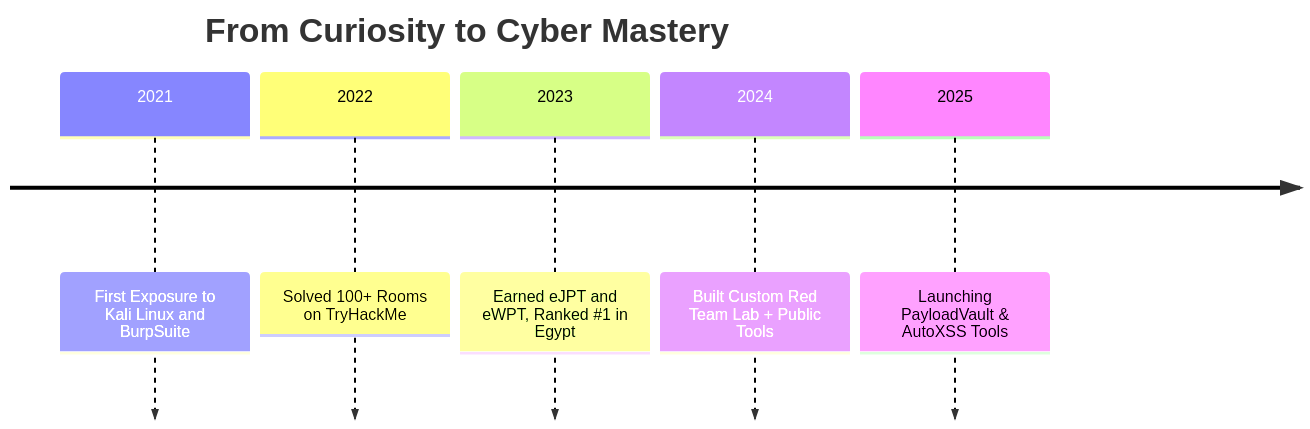
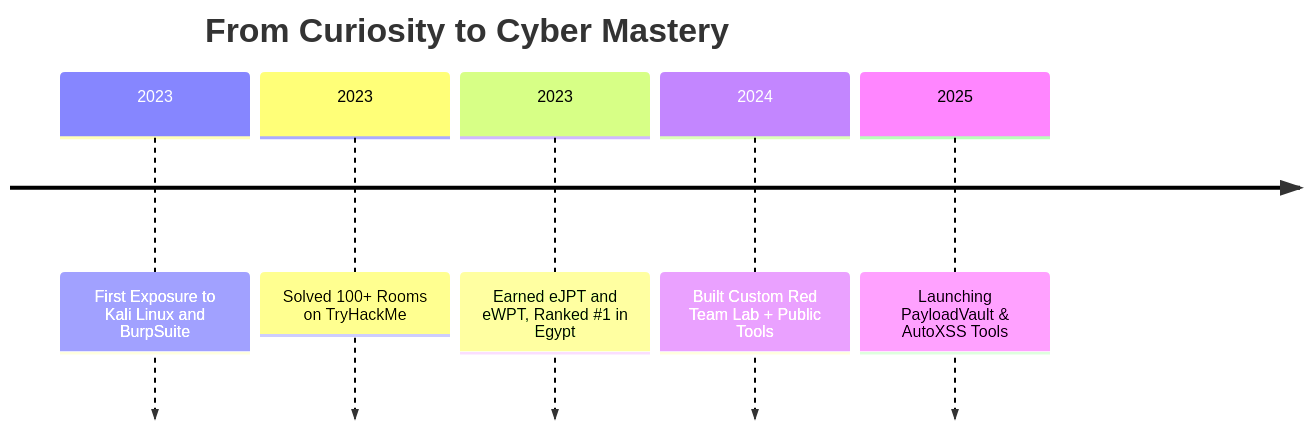
The diagram in README.md (0xyoussef404/0xyoussef404), drawn with Mermaid before and after one commit. The commit also changed other lines of this file, not shown here.

````diff
--- a/README.md
+++ b/README.md
@@ -37,9 +64,9 @@
 ```mermaid
 timeline
     title From Curiosity to Cyber Mastery
-    2021 : First Exposure to Kali Linux and BurpSuite
-    2022 : Solved 100+ Rooms on TryHackMe
+    2023 : First Exposure to Kali Linux and BurpSuite
+    2023 : Solved 100+ Rooms on TryHackMe
     2023 : Earned eJPT and eWPT, Ranked #1 in Egypt
     2024 : Built Custom Red Team Lab + Public Tools
     2025 : Launching PayloadVault & AutoXSS Tools
 ```
````
